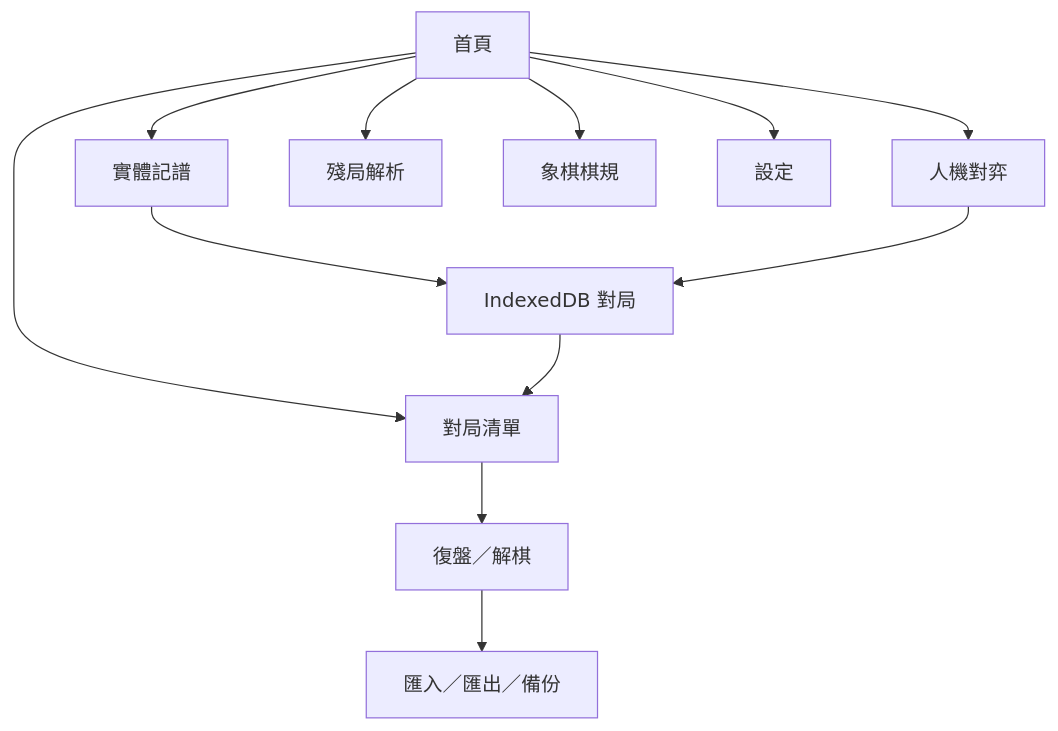
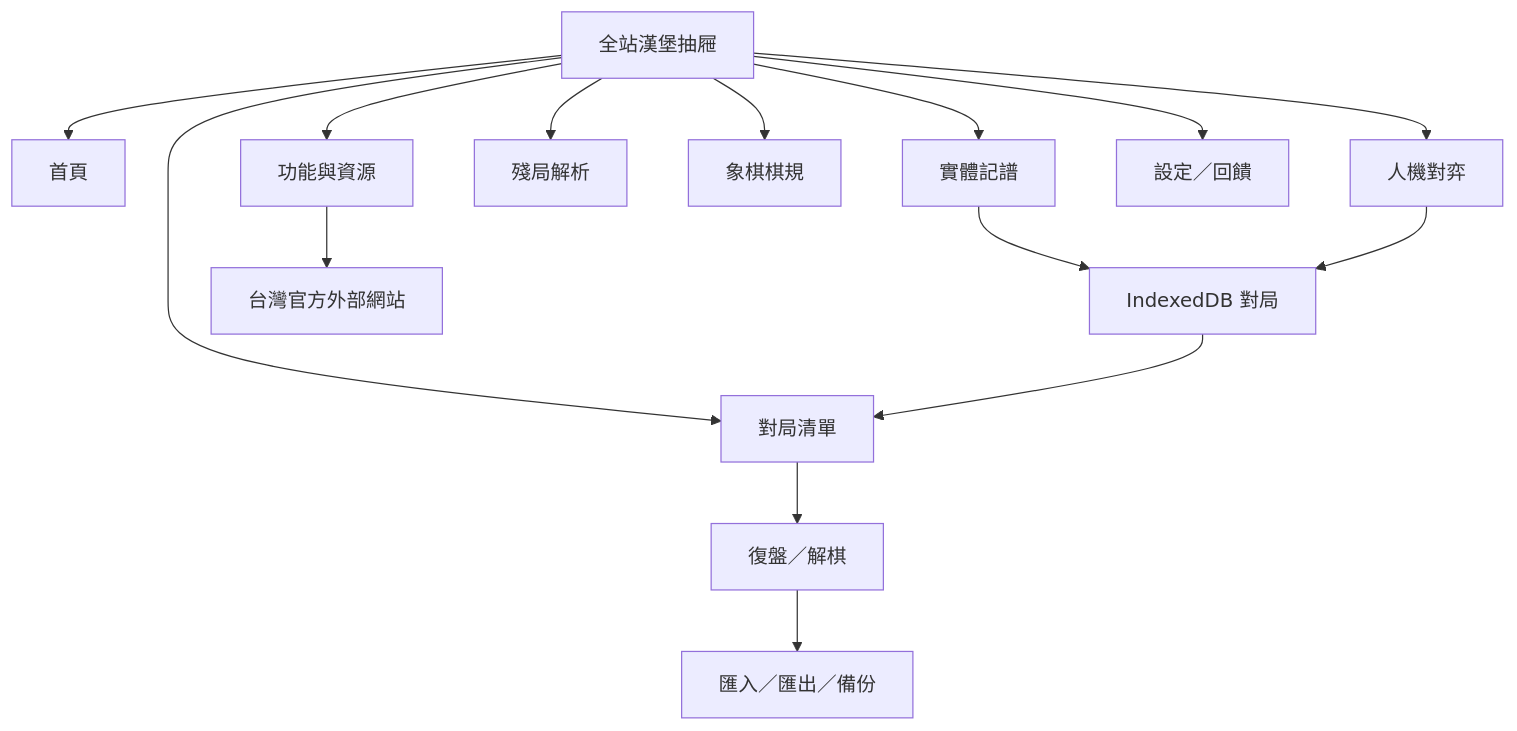
One commit to wcoatp/xiangqi-recorder changed the first of 2 diagrams in docs/SDD.md. Above: the diagram before and after it, drawn with Mermaid. The commit also changed other lines of this file and 11 other files, not shown here.

````diff
--- a/docs/SDD.md
+++ b/docs/SDD.md
@@ -100,14 +105,17 @@
 ```mermaid
 flowchart TD
-  H["首頁"] --> R["實體記譜"]
-  H --> P["人機對弈"]
-  H --> G["對局清單"]
-  H --> E["殘局解析"]
-  H --> Q["象棋棋規"]
-  H --> S["設定"]
+  M["全站漢堡抽屜"] --> H["首頁"]
+  M --> R["實體記譜"]
+  M --> P["人機對弈"]
+  M --> G["對局清單"]
+  M --> E["殘局解析"]
+  M --> Q["象棋棋規"]
+  M --> U["功能與資源"]
+  M --> S["設定／回饋"]
   R --> DB["IndexedDB 對局"]
   P --> DB
   G --> V["復盤／解棋"]
   DB --> G
   V --> X["匯入／匯出／備份"]
+  U --> O["台灣官方外部網站"]
 ```
````
